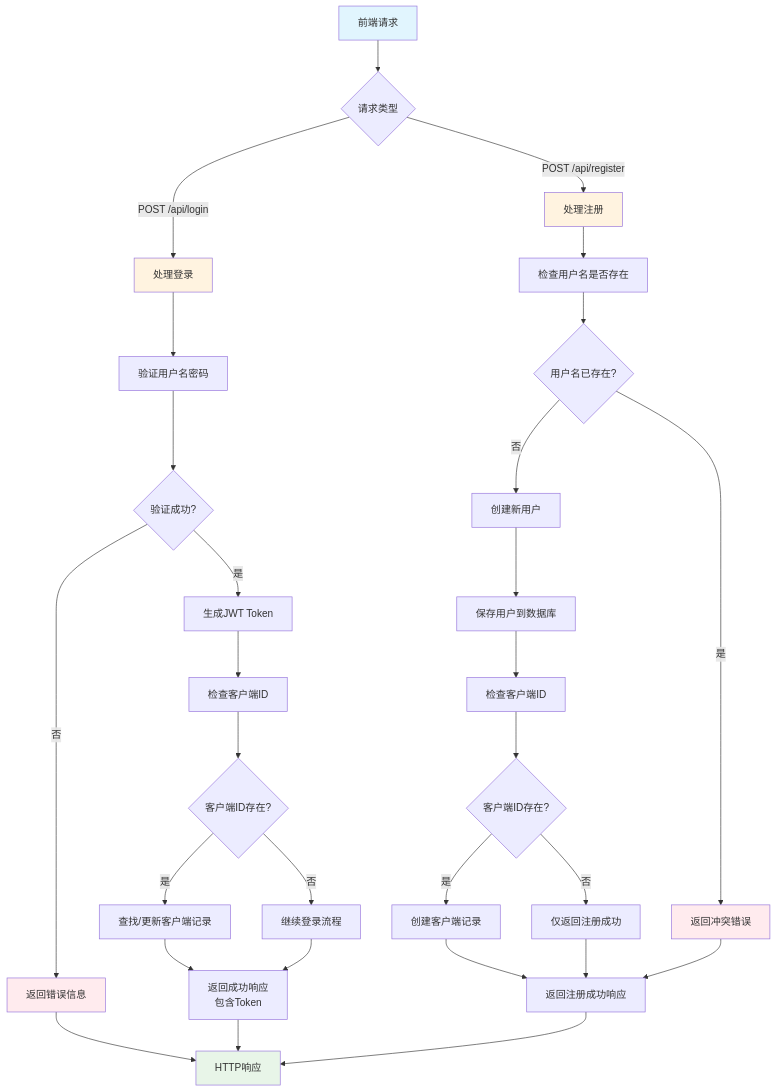
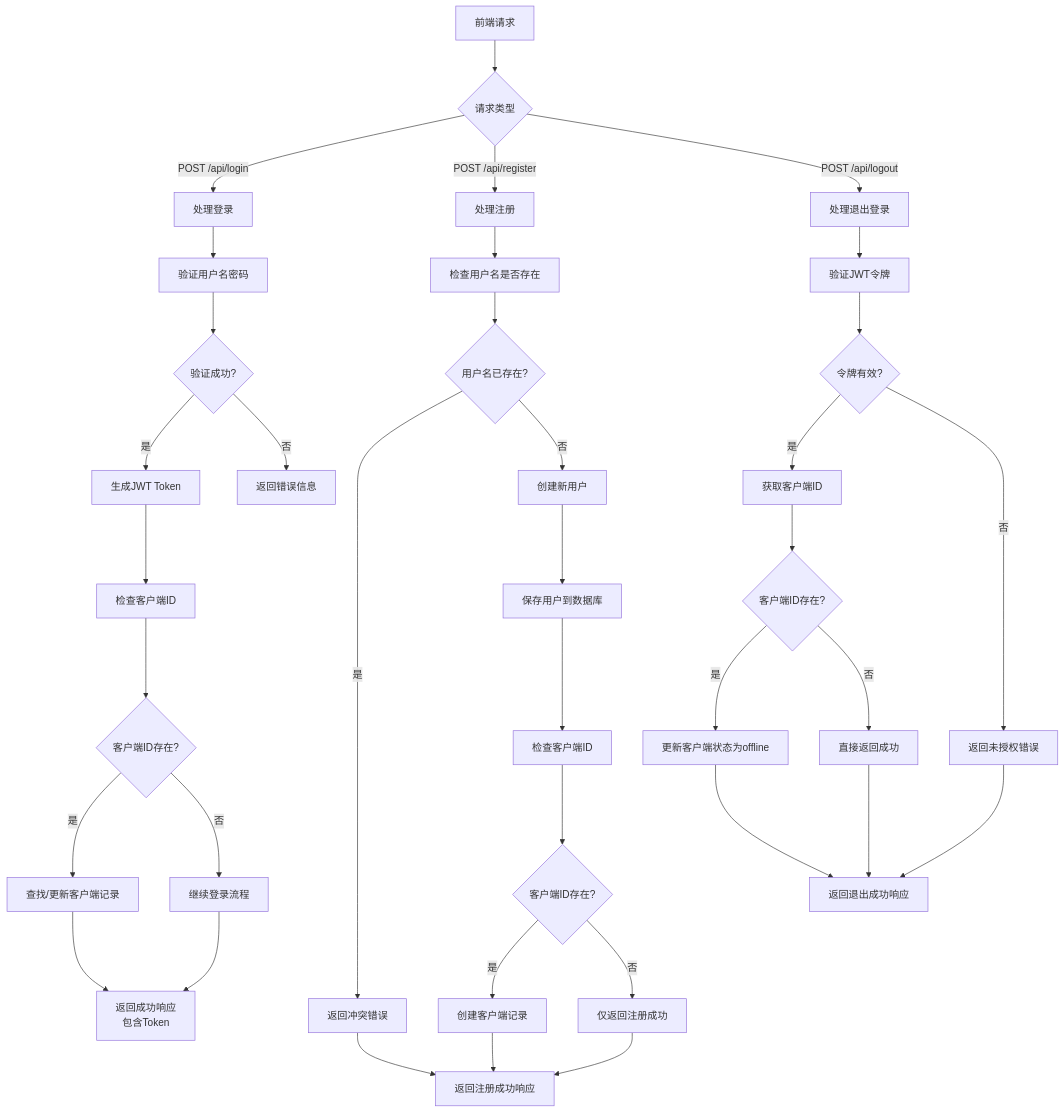
Before and after one commit to Geisha-design/kaoyoungCrawler: the diagram in src/main/java/smartebao/guide/controller/tempfile_1769407408769.mermaid, drawn with Mermaid. The commit also changed other lines of this file and 33 other files, not shown here.

```diff
--- a/src/main/java/smartebao/guide/controller/tempfile_1769407408769.mermaid
+++ b/src/main/java/smartebao/guide/controller/tempfile_1769407408769.mermaid
@@ -1,42 +1,46 @@
 graph TD
     A[前端请求] --> B{请求类型}
     B -->|POST /api/login| C[处理登录]
     B -->|POST /api/register| D[处理注册]
-    
-    C --> E[验证用户名密码]
-    E --> F{验证成功?}
-    F -->|是| G[生成JWT Token]
-    F -->|否| H[返回错误信息]
-    
-    G --> I[检查客户端ID]
-    I --> J{客户端ID存在?}
-    J -->|是| K[查找/更新客户端记录]
-    J -->|否| L[继续登录流程]
-    
-    K --> M[返回成功响应<br/>包含Token]
-    L --> M
-    
-    D --> N[检查用户名是否存在]
-    N --> O{用户名已存在?}
-    O -->|是| P[返回冲突错误]
-    O -->|否| Q[创建新用户]
-    
-    Q --> R[保存用户到数据库]
-    R --> S[检查客户端ID]
-    S --> T{客户端ID存在?}
-    T -->|是| U[创建客户端记录]
-    T -->|否| V[仅返回注册成功]
-    
-    U --> W[返回注册成功响应]
-    V --> W
-    P --> W
-    H --> X[HTTP响应]
-    M --> X
+    B -->|POST /api/logout| E[处理退出登录]
+
+    C --> F[验证用户名密码]
+    F --> G{验证成功?}
+    G -->|是| H[生成JWT Token]
+    G -->|否| I[返回错误信息]
+
+    H --> J[检查客户端ID]
+    J --> K{客户端ID存在?}
+    K -->|是| L[查找/更新客户端记录]
+    K -->|否| M[继续登录流程]
+
+    L --> N[返回成功响应<br/>包含Token]
+    M --> N
+
+    D --> O[检查用户名是否存在]
+    O --> P{用户名已存在?}
+    P -->|是| Q[返回冲突错误]
+    P -->|否| R[创建新用户]
+
+    R --> S[保存用户到数据库]
+    S --> T[检查客户端ID]
+    T --> U{客户端ID存在?}
+    U -->|是| V[创建客户端记录]
+    U -->|否| W[仅返回注册成功]
+
+    V --> X[返回注册成功响应]
     W --> X
-    
-    style A fill:#e1f5fe
-    style X fill:#e8f5e8
-    style C fill:#fff3e0
-    style D fill:#fff3e0
-    style H fill:#ffebee
-    style P fill:#ffebee
+    Q --> X
+
+    E --> Y[验证JWT令牌]
+    Y --> Z{令牌有效?}
+    Z -->|是| AA[获取客户端ID]
+    Z -->|否| AB[返回未授权错误]
+
+    AA --> CC{客户端ID存在?}
+    CC -->|是| DD[更新客户端状态为offline]
+    CC -->|否| EE[直接返回成功]
+
+    DD --> FF[返回退出成功响应]
+    EE --> FF
+    AB --> FF
```
